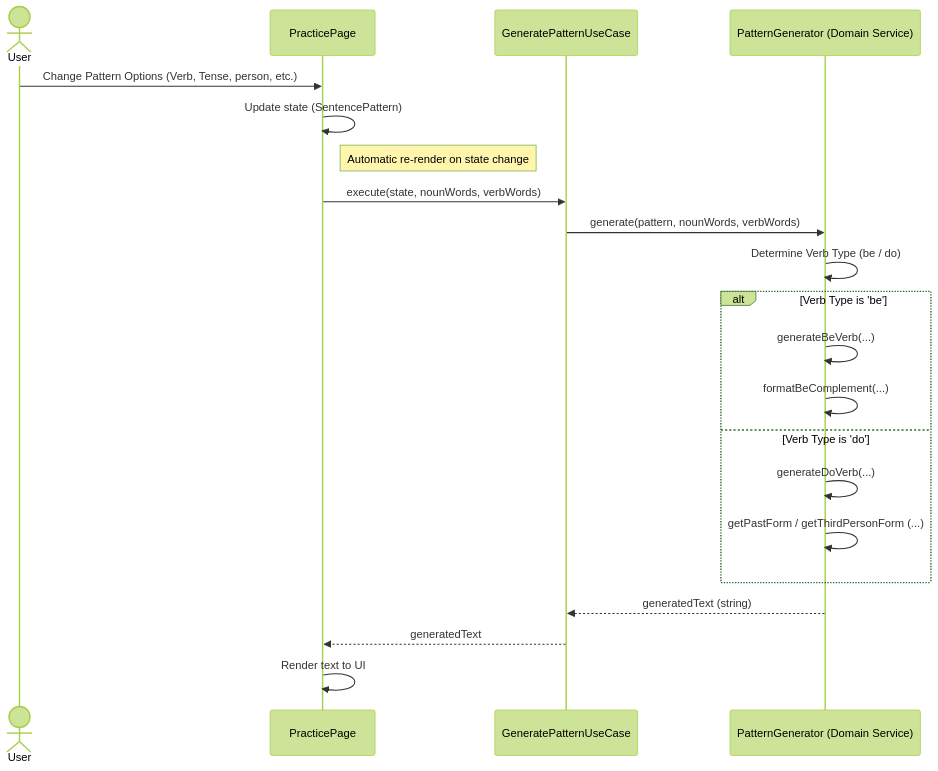
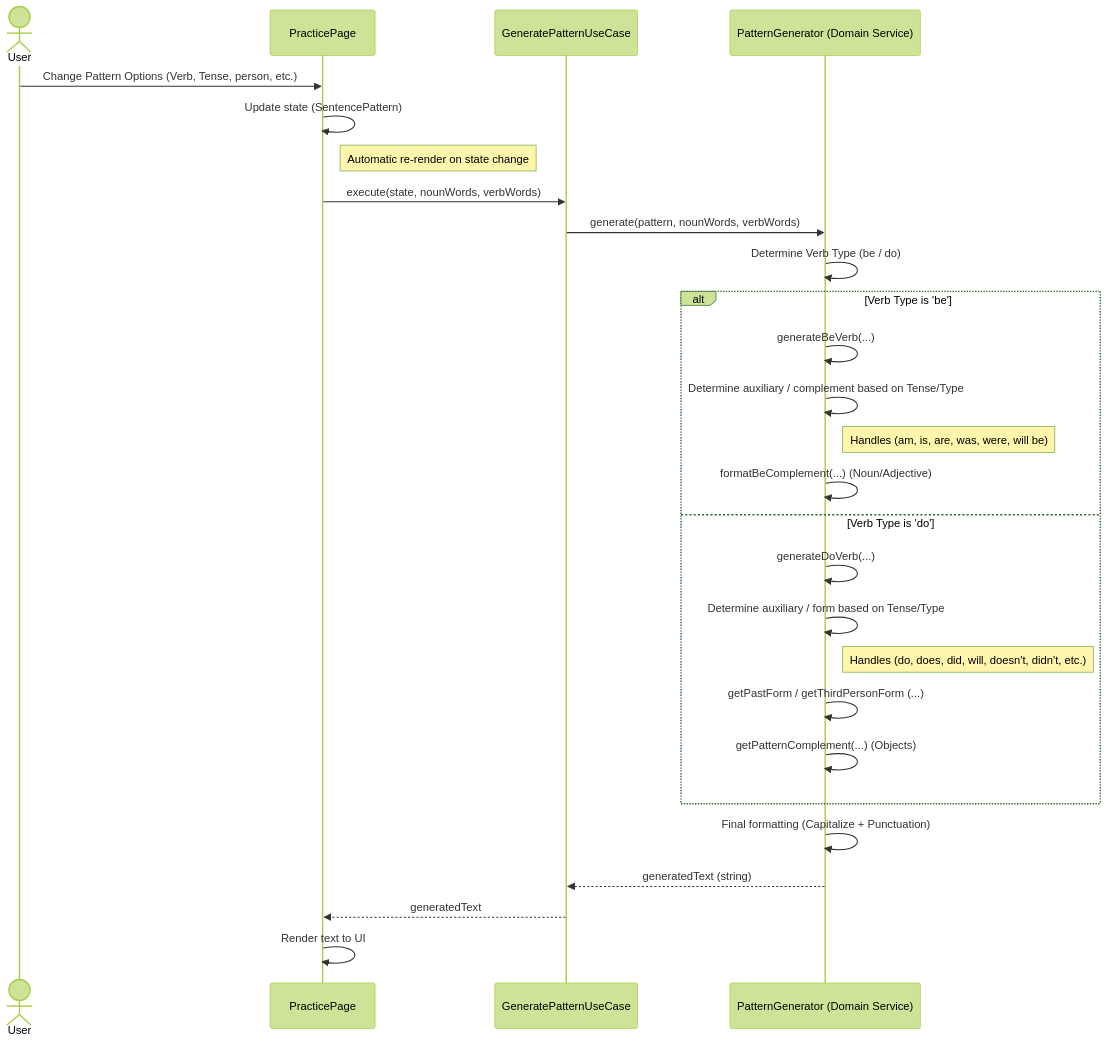
Before and after one commit to kayamak/grid9-english: the diagram in docs/sequence-diagrams/practices/generatePattern.md, drawn with Mermaid (forest theme). The commit also changed 4 other files, not shown here.

Commit message:
シーケンス図更新

````diff
--- a/docs/sequence-diagrams/practices/generatePattern.md
+++ b/docs/sequence-diagrams/practices/generatePattern.md
@@ -3,30 +3,36 @@
 ```mermaid
 sequenceDiagram
     actor User
     participant Page as PracticePage
     participant UseCase as GeneratePatternUseCase
     participant Service as PatternGenerator (Domain Service)
 
     User->>Page: Change Pattern Options (Verb, Tense, person, etc.)
     Page->>Page: Update state (SentencePattern)
     
     note right of Page: Automatic re-render on state change
     
     Page->>UseCase: execute(state, nounWords, verbWords)
     UseCase->>Service: generate(pattern, nounWords, verbWords)
     
     Service->>Service: Determine Verb Type (be / do)
     
     alt Verb Type is 'be'
         Service->>Service: generateBeVerb(...)
-        Service->>Service: formatBeComplement(...)
+        Service->>Service: Determine auxiliary / complement based on Tense/Type
+        Note right of Service: Handles (am, is, are, was, were, will be)
+        Service->>Service: formatBeComplement(...) (Noun/Adjective)
     else Verb Type is 'do'
         Service->>Service: generateDoVerb(...)
+        Service->>Service: Determine auxiliary / form based on Tense/Type
+        Note right of Service: Handles (do, does, did, will, doesn't, didn't, etc.)
         Service->>Service: getPastForm / getThirdPersonForm (...)
+        Service->>Service: getPatternComplement(...) (Objects)
     end
     
+    Service->>Service: Final formatting (Capitalize + Punctuation)
     Service-->>UseCase: generatedText (string)
     UseCase-->>Page: generatedText
     
     Page->>Page: Render text to UI
 ```
````
